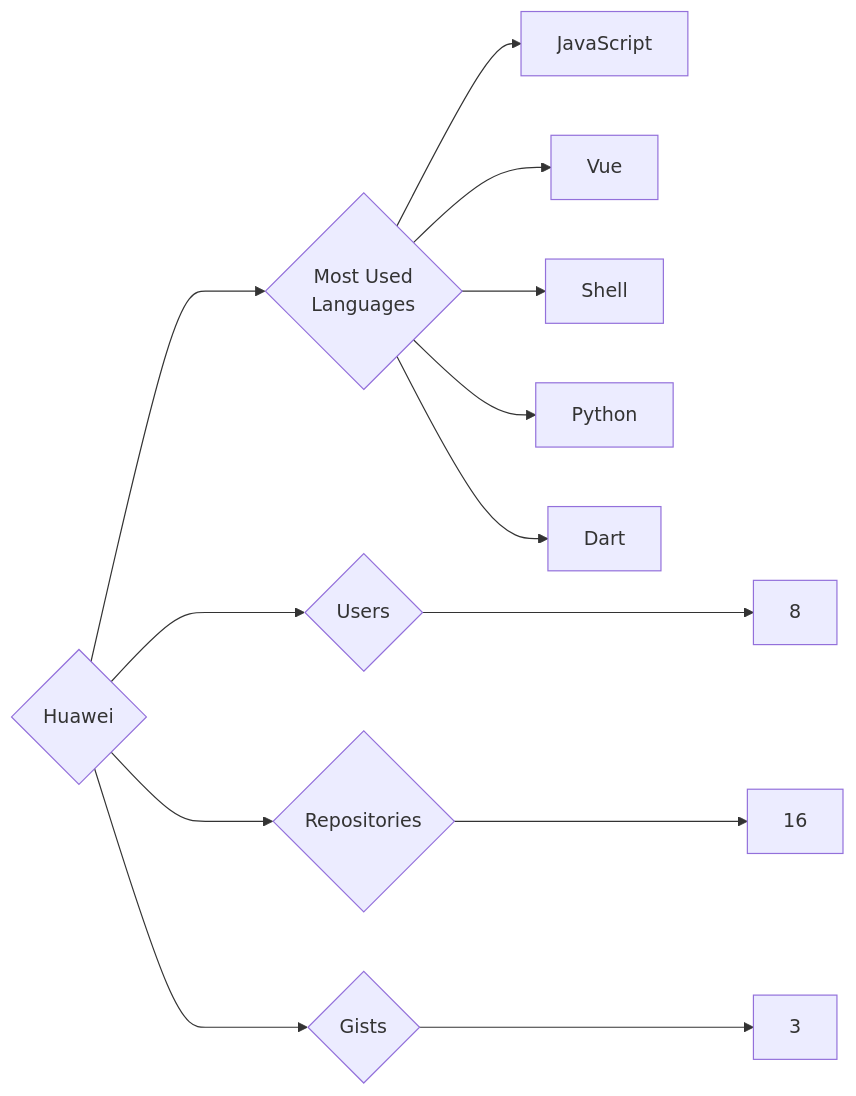
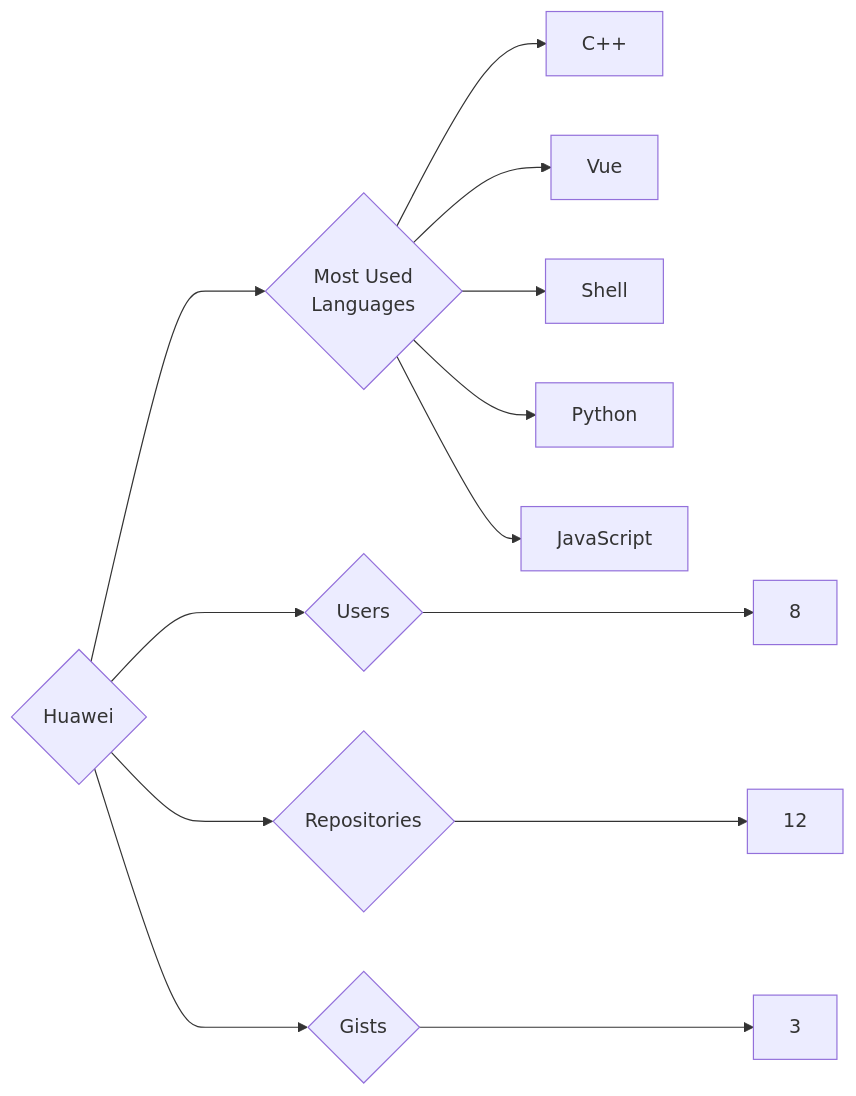
One commit to trickest/insiders changed the diagram in targets/Huawei/README.md. Above: the diagram before and after it, drawn with Mermaid. The commit also changed 1088 other files, not shown here.

````diff
--- a/targets/Huawei/README.md
+++ b/targets/Huawei/README.md
@@ -3,13 +3,13 @@
 ```mermaid
 graph LR
 COMPANY_NAME{Huawei}
 COMPANY_NAME ---> U{Users} ---> UN[8]
-COMPANY_NAME ---> R{Repositories} ---> RN[16]
+COMPANY_NAME ---> R{Repositories} ---> RN[12]
 COMPANY_NAME ---> G{Gists} ---> GN[3]
 COMPANY_NAME ---> ML{Most Used<br>Languages}
-ML --> JavaScript[JavaScript]
+ML --> C++[C++]
 ML --> Vue[Vue]
 ML --> Shell[Shell]
 ML --> Python[Python]
-ML --> Dart[Dart]
+ML --> JavaScript[JavaScript]
 ```
````
